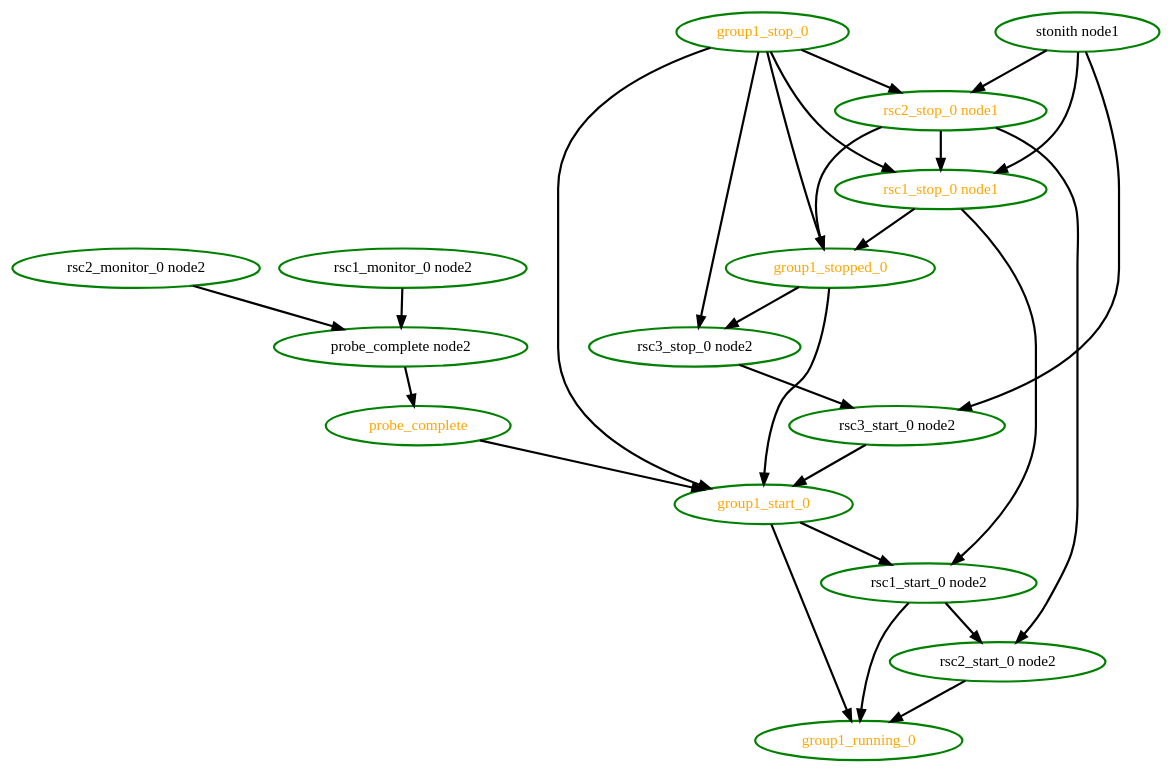
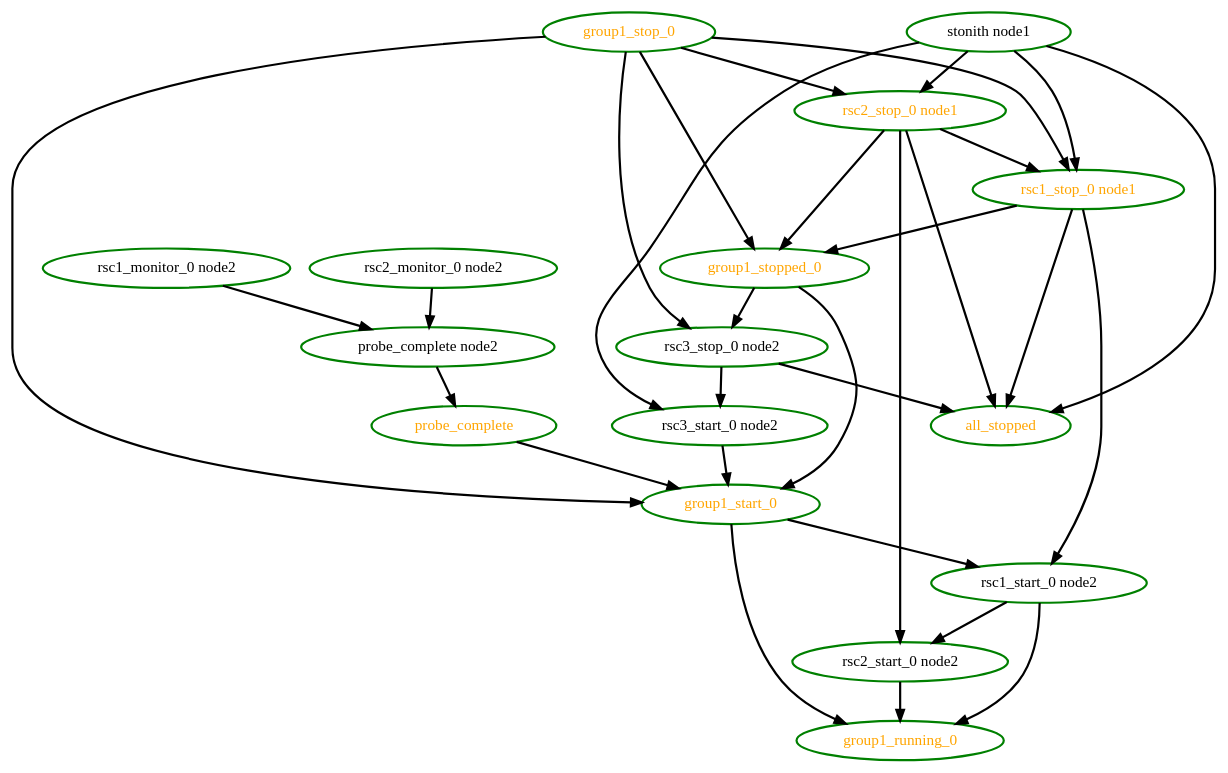
One commit to richiewen8/heartbeat changed the diagram in crm/pengine/testcases/rec-node-11.dot. Above: the diagram before and after it, drawn with Graphviz. The commit also changed 33 other files, not shown here.

Commit message:
PE: STONITH Shutdown ordering * Ensure all stonith actions are complete before stopping stonith resources * Ensure all regular resources are stopped before stopping stonith resources

```diff
--- a/crm/pengine/testcases/rec-node-11.dot
+++ b/crm/pengine/testcases/rec-node-11.dot
@@ -1,43 +1,48 @@
  digraph "g" {
+"all_stopped" [ style=bold color="green" fontcolor="orange"  ]
 "group1_running_0" [ style=bold color="green" fontcolor="orange" ]
 "group1_start_0" -> "group1_running_0" [ style = bold]
 "group1_start_0" -> "rsc1_start_0 node2" [ style = bold]
 "group1_start_0" [ style=bold color="green" fontcolor="orange" ]
 "group1_stop_0" -> "group1_start_0" [ style = bold]
 "group1_stop_0" -> "group1_stopped_0" [ style = bold]
 "group1_stop_0" -> "rsc1_stop_0 node1" [ style = bold]
 "group1_stop_0" -> "rsc2_stop_0 node1" [ style = bold]
 "group1_stop_0" -> "rsc3_stop_0 node2" [ style = bold]
 "group1_stop_0" [ style=bold color="green" fontcolor="orange" ]
 "group1_stopped_0" -> "group1_start_0" [ style = bold]
 "group1_stopped_0" -> "rsc3_stop_0 node2" [ style = bold]
 "group1_stopped_0" [ style=bold color="green" fontcolor="orange" ]
 "probe_complete node2" -> "probe_complete" [ style = bold]
 "probe_complete node2" [ style=bold color="green" fontcolor="black" ]
 "probe_complete" -> "group1_start_0" [ style = bold]
 "probe_complete" [ style=bold color="green" fontcolor="orange" ]
 "rsc1_monitor_0 node2" -> "probe_complete node2" [ style = bold]
 "rsc1_monitor_0 node2" [ style=bold color="green" fontcolor="black" ]
 "rsc1_start_0 node2" -> "group1_running_0" [ style = bold]
 "rsc1_start_0 node2" -> "rsc2_start_0 node2" [ style = bold]
 "rsc1_start_0 node2" [ style=bold color="green" fontcolor="black" ]
+"rsc1_stop_0 node1" -> "all_stopped" [ style = bold]
 "rsc1_stop_0 node1" -> "group1_stopped_0" [ style = bold]
 "rsc1_stop_0 node1" -> "rsc1_start_0 node2" [ style = bold]
 "rsc1_stop_0 node1" [ style=bold color="green" fontcolor="orange" ]
 "rsc2_monitor_0 node2" -> "probe_complete node2" [ style = bold]
 "rsc2_monitor_0 node2" [ style=bold color="green" fontcolor="black" ]
 "rsc2_start_0 node2" -> "group1_running_0" [ style = bold]
 "rsc2_start_0 node2" [ style=bold color="green" fontcolor="black" ]
+"rsc2_stop_0 node1" -> "all_stopped" [ style = bold]
 "rsc2_stop_0 node1" -> "group1_stopped_0" [ style = bold]
 "rsc2_stop_0 node1" -> "rsc1_stop_0 node1" [ style = bold]
 "rsc2_stop_0 node1" -> "rsc2_start_0 node2" [ style = bold]
 "rsc2_stop_0 node1" [ style=bold color="green" fontcolor="orange" ]
 "rsc3_start_0 node2" -> "group1_start_0" [ style = bold]
 "rsc3_start_0 node2" [ style=bold color="green" fontcolor="black" ]
+"rsc3_stop_0 node2" -> "all_stopped" [ style = bold]
 "rsc3_stop_0 node2" -> "rsc3_start_0 node2" [ style = bold]
 "rsc3_stop_0 node2" [ style=bold color="green" fontcolor="black" ]
+"stonith node1" -> "all_stopped" [ style = bold]
 "stonith node1" -> "rsc1_stop_0 node1" [ style = bold]
 "stonith node1" -> "rsc2_stop_0 node1" [ style = bold]
 "stonith node1" -> "rsc3_start_0 node2" [ style = bold]
 "stonith node1" [ style=bold color="green" fontcolor="black" ]
 }
```
